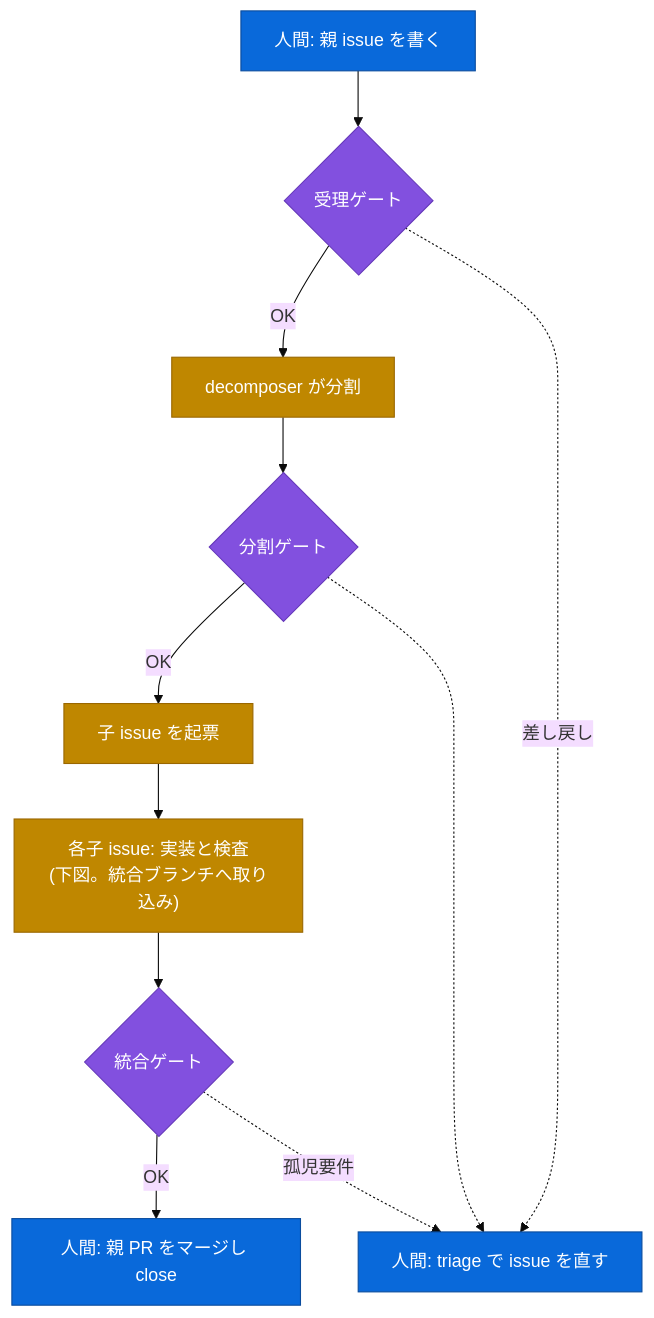
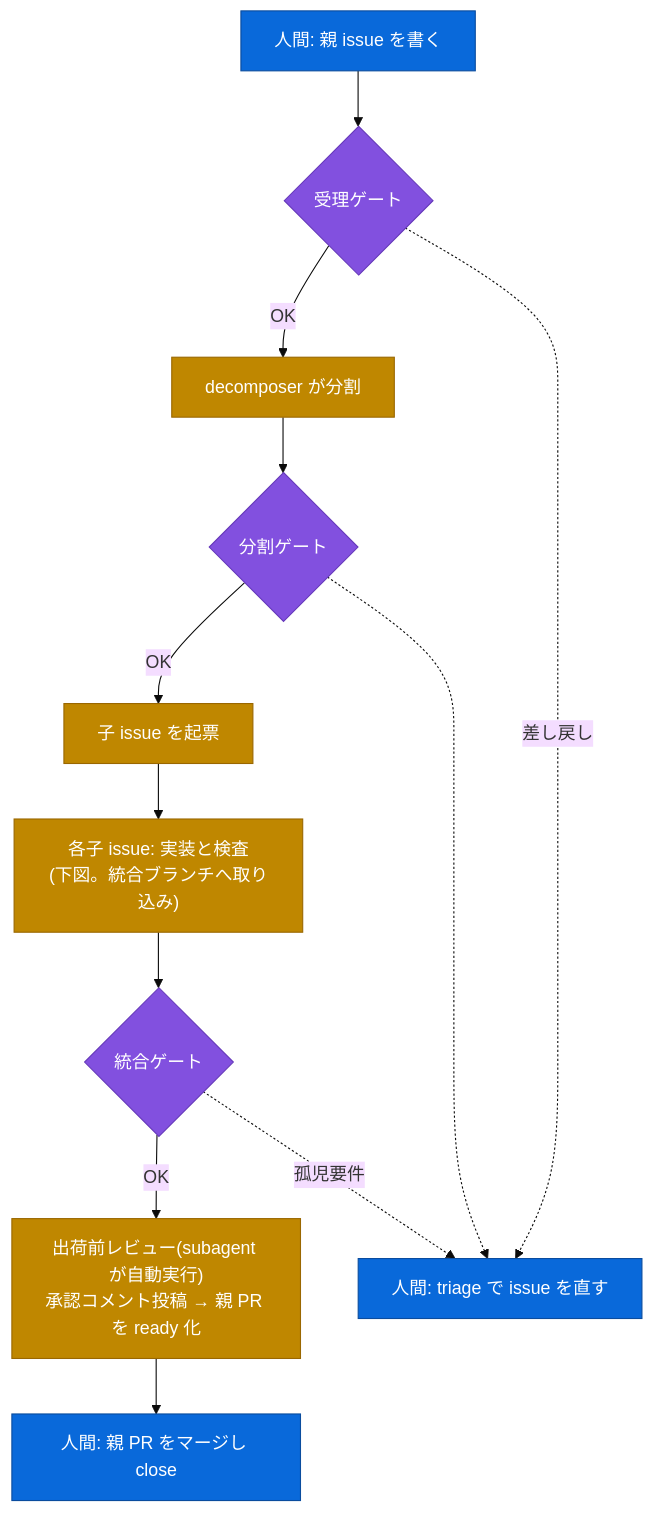
The first of 3 diagrams in README.md (reonyanarticle/tasuki), drawn with Mermaid (base theme) before and after one commit. The commit also changed other lines of this file and 10 other files, not shown here.

Commit message:
docs: 反映漏れ監査の所見を全反映(OPERATIONS 3c 自動化、loop-status の WIP と loop:review、README の図3枚、ROADMAP 履歴、GATES と CONTRACTS と FAQ と INTEGRATION の追随)

````diff
--- a/README.md
+++ b/README.md
@@ -58,21 +58,22 @@
 ```mermaid
 flowchart TD
     accTitle: tasuki の全体の流れ
     accDescr: 人間が親 issue を書くと、受理ゲートと分割ゲートを経て子 issue に分かれる。各子はループが実装と検査を行い、統合ブランチへ取り込まれる。統合ゲートと出荷前レビューを経て、人間が親 PR を1回だけマージする。ゲートの差し戻しは triage として人間に戻る。
     classDef human fill:#0969da,stroke:#0a4c9e,color:#fff
     classDef gate fill:#8250df,stroke:#6639ba,color:#fff
     classDef work fill:#bf8700,stroke:#9a6700,color:#fff
 
     H0["人間: 親 issue を書く"]:::human --> intake{"受理ゲート"}:::gate
     intake -->|OK| D["decomposer が分割"]:::work
     D --> split{"分割ゲート"}:::gate
     split -->|OK| C["子 issue を起票"]:::work
     C --> IN["各子 issue: 実装と検査<br/>(下図。統合ブランチへ取り込み)"]:::work
     IN --> integration{"統合ゲート"}:::gate
-    integration -->|OK| HM["人間: 親 PR をマージし close"]:::human
+    integration -->|OK| PR["出荷前レビュー(subagent が自動実行)<br/>承認コメント投稿 → 親 PR を ready 化"]:::work
+    PR --> HM["人間: 親 PR をマージし close"]:::human
 
     T["人間: triage で issue を直す"]:::human
     intake -.->|差し戻し| T
     split -.-> T
     integration -.->|孤児要件| T
 ```
````
